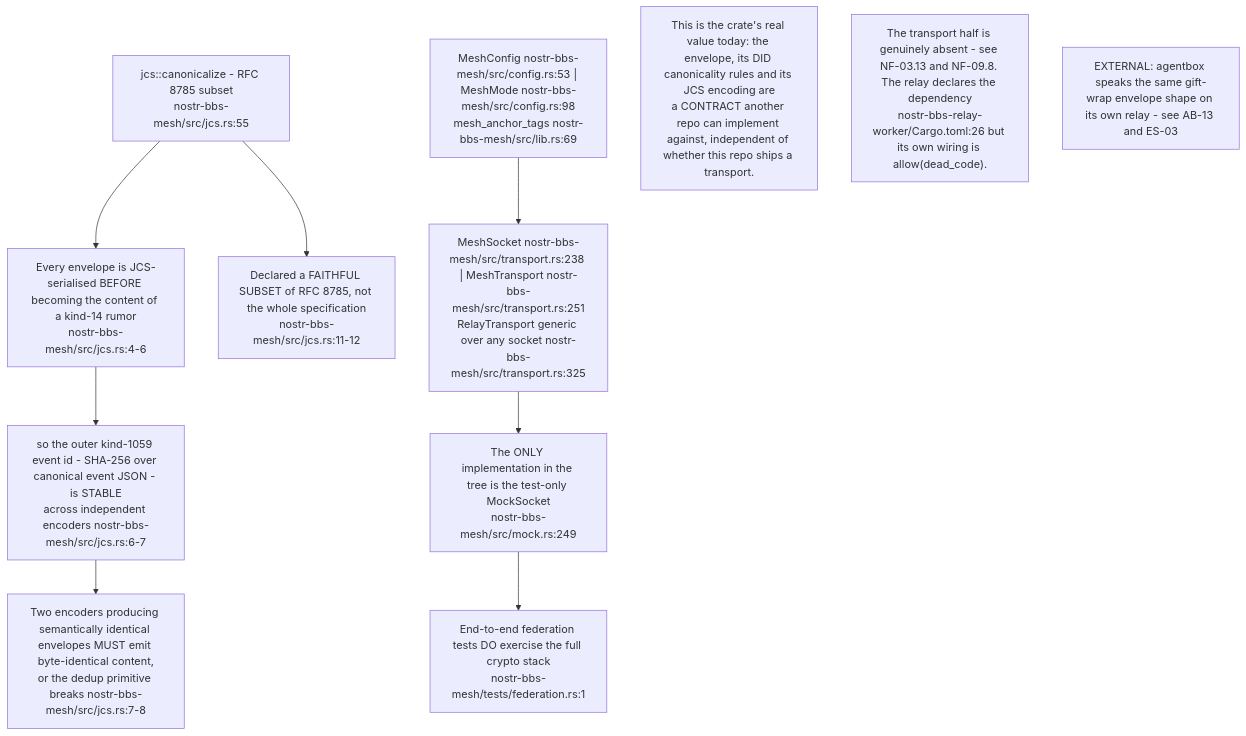
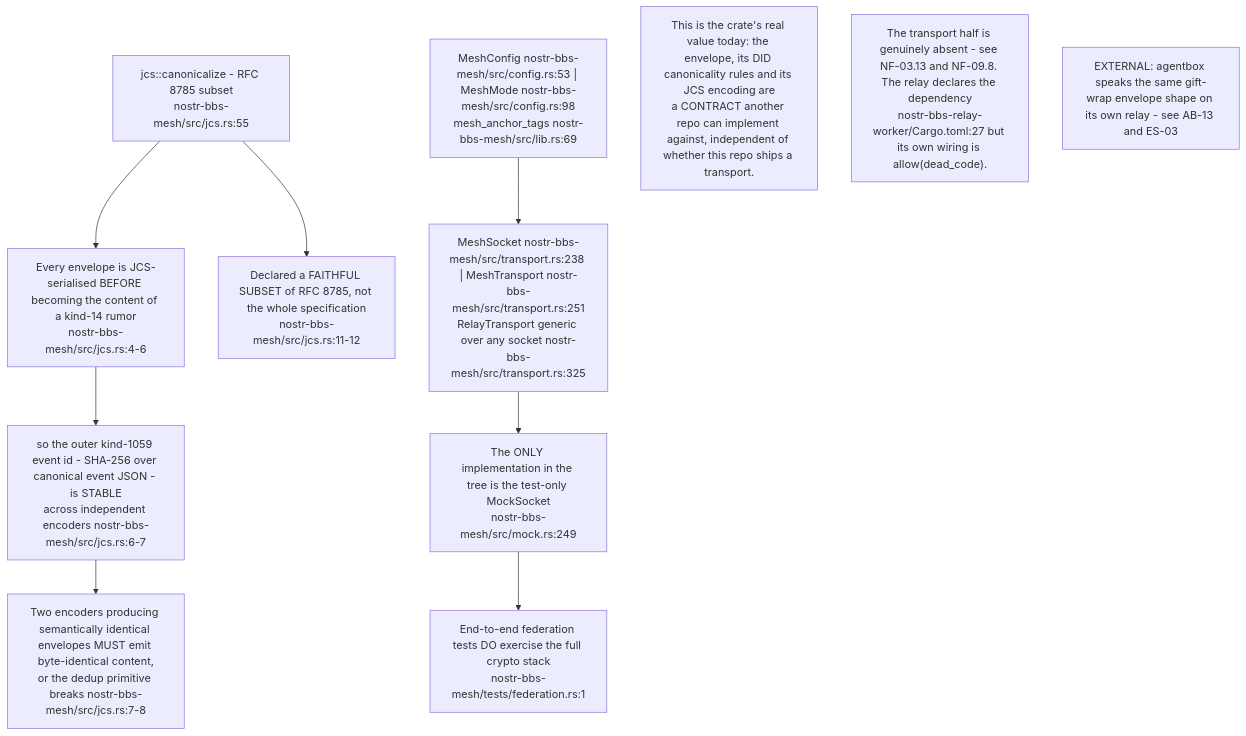
One commit to DreamLab-AI/VisionFlow changed the eighth of 10 diagrams in docs/diagrams/nostr-rust-forum/12-core-wire-crypto-and-federation-envelope.md. Above: the diagram before and after it, drawn with Mermaid. The commit also changed other lines of this file and 160 other files, not shown here.

````diff
--- a/docs/diagrams/nostr-rust-forum/12-core-wire-crypto-and-federation-envelope.md
+++ b/docs/diagrams/nostr-rust-forum/12-core-wire-crypto-and-federation-envelope.md
@@ -268,21 +277,21 @@
 ```mermaid
 flowchart TB
     JCS["jcs::canonicalize - RFC 8785 subset<br/>nostr-bbs-mesh/src/jcs.rs:55"]
     WHY["Every envelope is JCS-serialised BEFORE becoming the content of a kind-14 rumor<br/>nostr-bbs-mesh/src/jcs.rs:4-6"]
     ID["so the outer kind-1059 event id - SHA-256 over canonical event JSON - is STABLE<br/>across independent encoders nostr-bbs-mesh/src/jcs.rs:6-7"]
     DEDUP["Two encoders producing semantically identical envelopes MUST emit byte-identical content,<br/>or the dedup primitive breaks nostr-bbs-mesh/src/jcs.rs:7-8"]
     HONEST["Declared a FAITHFUL SUBSET of RFC 8785, not the whole specification<br/>nostr-bbs-mesh/src/jcs.rs:11-12"]
     TRANS["MeshSocket nostr-bbs-mesh/src/transport.rs:238 | MeshTransport nostr-bbs-mesh/src/transport.rs:251<br/>RelayTransport generic over any socket nostr-bbs-mesh/src/transport.rs:325"]
     ONLY["The ONLY implementation in the tree is the test-only MockSocket<br/>nostr-bbs-mesh/src/mock.rs:249"]
     TEST["End-to-end federation tests DO exercise the full crypto stack<br/>nostr-bbs-mesh/tests/federation.rs:1"]
     CFG["MeshConfig nostr-bbs-mesh/src/config.rs:53 | MeshMode nostr-bbs-mesh/src/config.rs:98<br/>mesh_anchor_tags nostr-bbs-mesh/src/lib.rs:69"]
 
     JCS --> WHY --> ID --> DEDUP
     JCS --> HONEST
     TRANS --> ONLY --> TEST
     CFG --> TRANS
 
     N1["This is the crate's real value today: the envelope, its DID canonicality rules and its JCS encoding are<br/>a CONTRACT another repo can implement against, independent of whether this repo ships a transport."]
-    N2["The transport half is genuinely absent - see NF-03.13 and NF-09.8. The relay declares the dependency<br/>nostr-bbs-relay-worker/Cargo.toml:26 but its own wiring is allow(dead_code)."]
+    N2["The transport half is genuinely absent - see NF-03.13 and NF-09.8. The relay declares the dependency<br/>nostr-bbs-relay-worker/Cargo.toml:27 but its own wiring is allow(dead_code)."]
     N3["EXTERNAL: agentbox speaks the same gift-wrap envelope shape on its own relay - see AB-13 and ES-03"]
 ```
````
